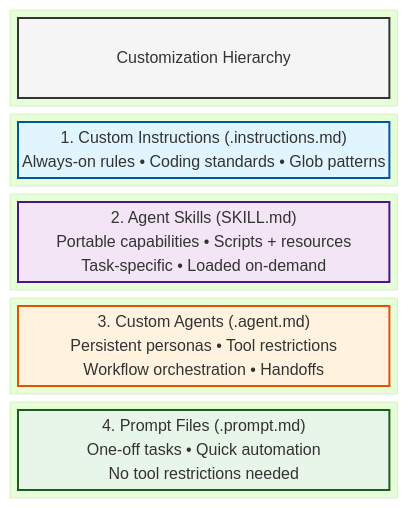
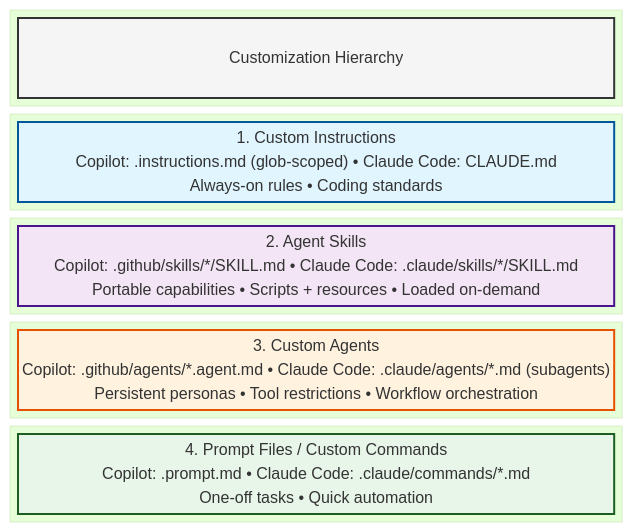
One commit to mcollier/ai-dev-workshop changed the diagram in docs/labs/lab-06-skills-and-customization.md. Above: the diagram before and after it, drawn with Mermaid (forest theme). The commit also changed other lines of this file, not shown here.

Commit message:
docs(labs): add Claude Code equivalents to Lab 6 (Skills & Customization)

````diff
--- a/docs/labs/lab-06-skills-and-customization.md
+++ b/docs/labs/lab-06-skills-and-customization.md
@@ -30,25 +31,25 @@
 ```mermaid
 block-beta
     columns 1
     block:header
         H["Customization Hierarchy"]
     end
     block:instr
-        I["1. Custom Instructions (.instructions.md)<br/>Always-on rules • Coding standards • Glob patterns"]
+        I["1. Custom Instructions<br/>Copilot: .instructions.md (glob-scoped) • Claude Code: CLAUDE.md<br/>Always-on rules • Coding standards"]
     end
     block:skills
-        S["2. Agent Skills (SKILL.md)<br/>Portable capabilities • Scripts + resources<br/>Task-specific • Loaded on-demand"]
+        S["2. Agent Skills<br/>Copilot: .github/skills/*/SKILL.md • Claude Code: .claude/skills/*/SKILL.md<br/>Portable capabilities • Scripts + resources • Loaded on-demand"]
     end
     block:agents
-        A["3. Custom Agents (.agent.md)<br/>Persistent personas • Tool restrictions<br/>Workflow orchestration • Handoffs"]
+        A["3. Custom Agents<br/>Copilot: .github/agents/*.agent.md • Claude Code: .claude/agents/*.md (subagents)<br/>Persistent personas • Tool restrictions • Workflow orchestration"]
     end
     block:prompts
-        P["4. Prompt Files (.prompt.md)<br/>One-off tasks • Quick automation<br/>No tool restrictions needed"]
+        P["4. Prompt Files / Custom Commands<br/>Copilot: .prompt.md • Claude Code: .claude/commands/*.md<br/>One-off tasks • Quick automation"]
     end
     
     style I fill:#e1f5ff,stroke:#01579b,stroke-width:2px
     style S fill:#f3e5f5,stroke:#4a148c,stroke-width:2px
     style A fill:#fff3e0,stroke:#e65100,stroke-width:2px
     style P fill:#e8f5e9,stroke:#1b5e20,stroke-width:2px
     style H fill:#f5f5f5,stroke:#333,stroke-width:2px,color:#333
 ```
````
